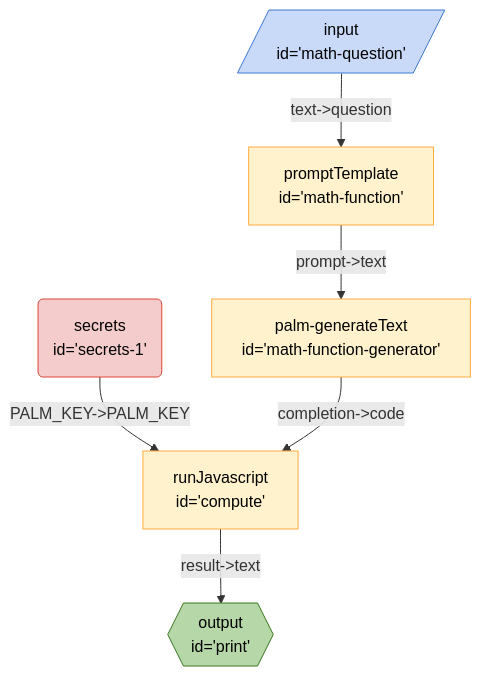
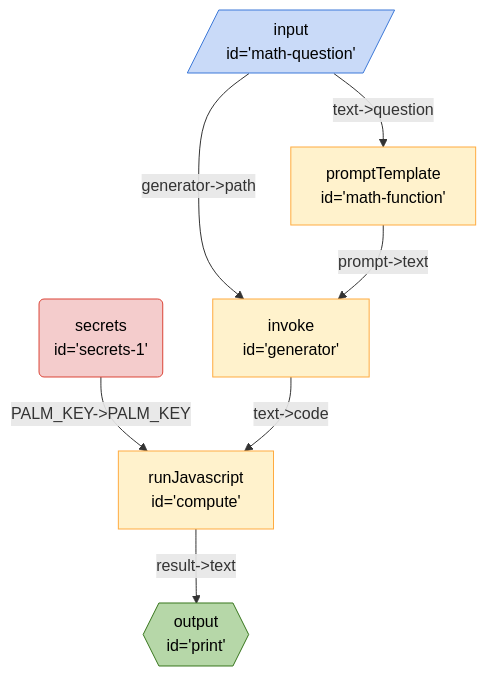
One commit to breadboard-ai/breadboard changed the diagram in seeds/breadboard-web/docs/graphs/math.md. Above: the diagram before and after it, drawn with Mermaid. The commit also changed 4 other files, not shown here.

Commit message:
[breadboard-web] Teach `math` to be generator-agnostic.

````diff
--- a/seeds/breadboard-web/docs/graphs/math.md
+++ b/seeds/breadboard-web/docs/graphs/math.md
@@ -3,17 +3,18 @@
 ```mermaid
 %%{init: 'themeVariables': { 'fontFamily': 'Fira Code, monospace' }}%%
 graph TD;
+mathquestion[/"input <br> id='math-question'"/]:::input -- "generator->path" --> generator["invoke <br> id='generator'"]
 compute["runJavascript <br> id='compute'"] -- "result->text" --> print{{"output <br> id='print'"}}:::output
 secrets1("secrets <br> id='secrets-1'"):::secrets -- "PALM_KEY->PALM_KEY" --> compute["runJavascript <br> id='compute'"]
-mathfunctiongenerator["palm-generateText <br> id='math-function-generator'"] -- "completion->code" --> compute["runJavascript <br> id='compute'"]
-mathfunction["promptTemplate <br> id='math-function'"] -- "prompt->text" --> mathfunctiongenerator["palm-generateText <br> id='math-function-generator'"]
+generator["invoke <br> id='generator'"] -- "text->code" --> compute["runJavascript <br> id='compute'"]
+mathfunction["promptTemplate <br> id='math-function'"] -- "prompt->text" --> generator["invoke <br> id='generator'"]
 mathquestion[/"input <br> id='math-question'"/]:::input -- "text->question" --> mathfunction["promptTemplate <br> id='math-function'"]
 classDef default stroke:#ffab40,fill:#fff2ccff,color:#000
 classDef input stroke:#3c78d8,fill:#c9daf8ff,color:#000
 classDef output stroke:#38761d,fill:#b6d7a8ff,color:#000
 classDef passthrough stroke:#a64d79,fill:#ead1dcff,color:#000
 classDef slot stroke:#a64d79,fill:#ead1dcff,color:#000
 classDef config stroke:#a64d79,fill:#ead1dcff,color:#000
 classDef secrets stroke:#db4437,fill:#f4cccc,color:#000
 classDef slotted stroke:#a64d79
 ```
````
